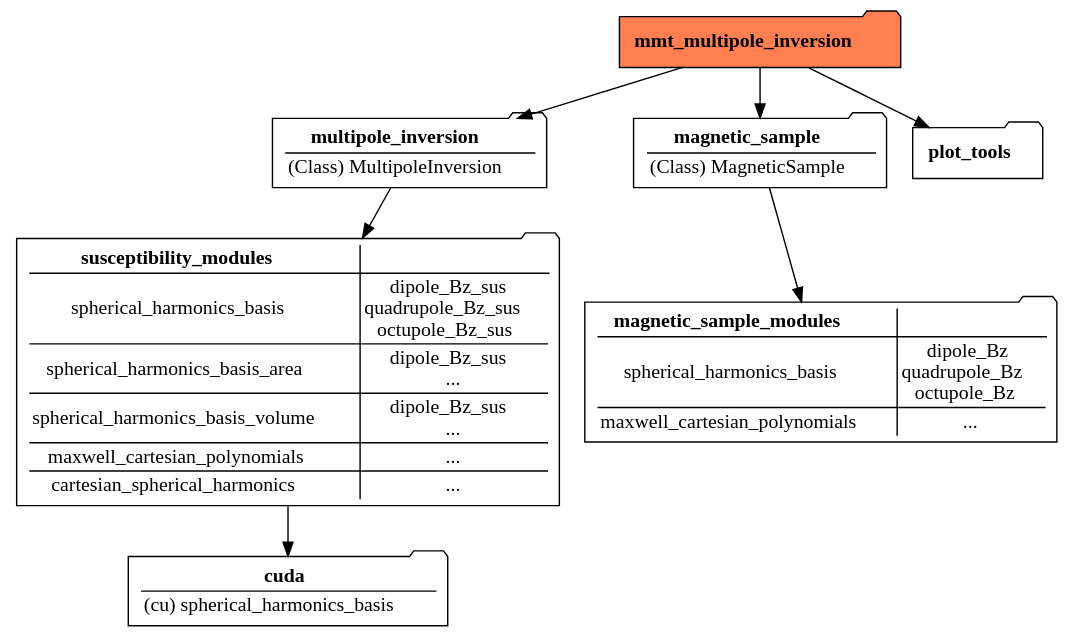
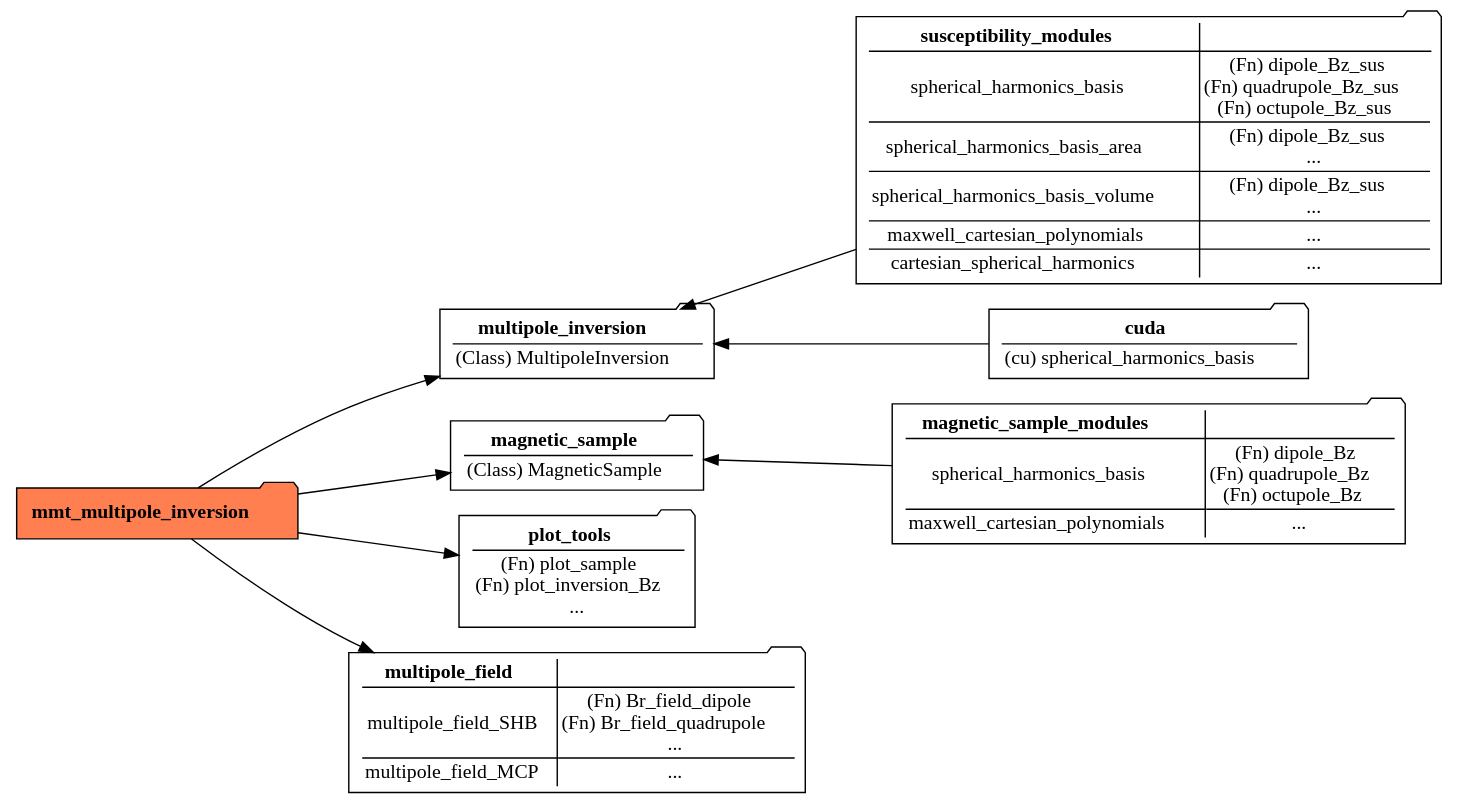
Before and after one commit to Micromagnetic-Tomography/mmt_multipole_inversion: the diagram in chest/packages_HTML.dot, drawn with Graphviz.

Commit message:
Updated code diagram

```diff
--- a/chest/packages_HTML.dot
+++ b/chest/packages_HTML.dot
@@ -1,68 +1,80 @@
 digraph "packages" {
     node [shape=folder fontname=FiraMono]
     mmt_minv [style=filled fillcolor=coral label=<
         <TABLE BORDER="0" CELLBORDER="0" CELLSPACING="0">
             <TR><TD><B>mmt_multipole_inversion</B></TD></TR>
         </TABLE>>];
     minv [label=<
         <TABLE BORDER="0" CELLBORDER="0" ROWS="*" CELLSPACING="1">
             <TR><TD><B>multipole_inversion</B></TD></TR>
             <TR><TD>(Class) MultipoleInversion</TD></TR>
         </TABLE>>];
     susc [label=<
         <TABLE BORDER="0" CELLBORDER="0" ROWS="*" COLUMNS="*" CELLSPACING="1">
             <TR><TD><B>susceptibility_modules</B></TD></TR>
             <TR>
               <TD>spherical_harmonics_basis</TD>
-              <TD>dipole_Bz_sus<BR/>quadrupole_Bz_sus<BR/>octupole_Bz_sus</TD>
+              <TD>(Fn) dipole_Bz_sus<BR/>(Fn) quadrupole_Bz_sus<BR/>(Fn) octupole_Bz_sus</TD>
             </TR>
             <TR>
               <TD>spherical_harmonics_basis_area</TD>
-              <TD>dipole_Bz_sus<BR/>...</TD>
+              <TD>(Fn) dipole_Bz_sus<BR/>...</TD>
             </TR>
             <TR>
               <TD>spherical_harmonics_basis_volume</TD>
-              <TD>dipole_Bz_sus<BR/>...</TD>
+              <TD>(Fn) dipole_Bz_sus<BR/>...</TD>
             </TR>
             <TR>
               <TD>maxwell_cartesian_polynomials</TD>
               <TD>...</TD>
             </TR>
             <TR>
               <TD>cartesian_spherical_harmonics</TD>
               <TD>...</TD>
             </TR>
         </TABLE>>];
     suscCuda [label=<
         <TABLE BORDER="0" CELLBORDER="0" ROWS="*" COLUMNS="*" CELLSPACING="1">
             <TR><TD><B>cuda</B></TD></TR>
             <TR><TD>(cu) spherical_harmonics_basis</TD></TR>
         </TABLE>>];
     magsamp [label=<
         <TABLE BORDER="0" CELLBORDER="0" ROWS="*" COLUMNS="*" CELLSPACING="1">
             <TR><TD><B>magnetic_sample</B></TD></TR>
             <TR><TD>(Class) MagneticSample</TD></TR>
         </TABLE>>];
     magsampmods [label=<
         <TABLE BORDER="0" CELLBORDER="0" ROWS="*" COLUMNS="*" CELLSPACING="1">
             <TR><TD><B>magnetic_sample_modules</B></TD></TR>
             <TR>
               <TD>spherical_harmonics_basis</TD>
-              <TD>dipole_Bz<BR/>quadrupole_Bz<BR/>octupole_Bz<BR/></TD>
+              <TD>(Fn) dipole_Bz<BR/>(Fn) quadrupole_Bz<BR/>(Fn) octupole_Bz<BR/></TD>
             </TR>
             <TR>
               <TD>maxwell_cartesian_polynomials</TD>
               <TD>...</TD>
             </TR>
         </TABLE>>];
     plot [label=<
         <TABLE BORDER="0" CELLBORDER="0" ROWS="*" COLUMNS="*" CELLSPACING="1">
             <TR><TD><B>plot_tools</B></TD></TR>
+            <TR><TD>(Fn) plot_sample<BR/>(Fn) plot_inversion_Bz<BR/>...</TD></TR>
         </TABLE>>];
-    mmt_minv -> minv;
-    minv -> susc;
-    susc -> suscCuda;
-    mmt_minv -> magsamp;
-    magsamp -> magsampmods;
-    mmt_minv -> plot;
+    multfield [label=<
+        <TABLE BORDER="0" CELLBORDER="0" ROWS="*" COLUMNS="*" CELLSPACING="1">
+            <TR><TD><B>multipole_field</B></TD></TR>
+            <TR>
+                <TD>multipole_field_SHB</TD>
+                <TD>(Fn) Br_field_dipole<BR/>(Fn) Br_field_quadrupole<BR/>...</TD>
+            </TR>
+            <TR>
+                <TD>multipole_field_MCP</TD>
+                <TD>...</TD>
+            </TR>
+        </TABLE>>];
+    rankdir=LR;
+    mmt_minv -> {minv,magsamp,multfield,plot};
+    minv -> susc [dir=back];
+    minv -> suscCuda [dir=back];
+    magsamp -> magsampmods [dir=back];
 }
```
